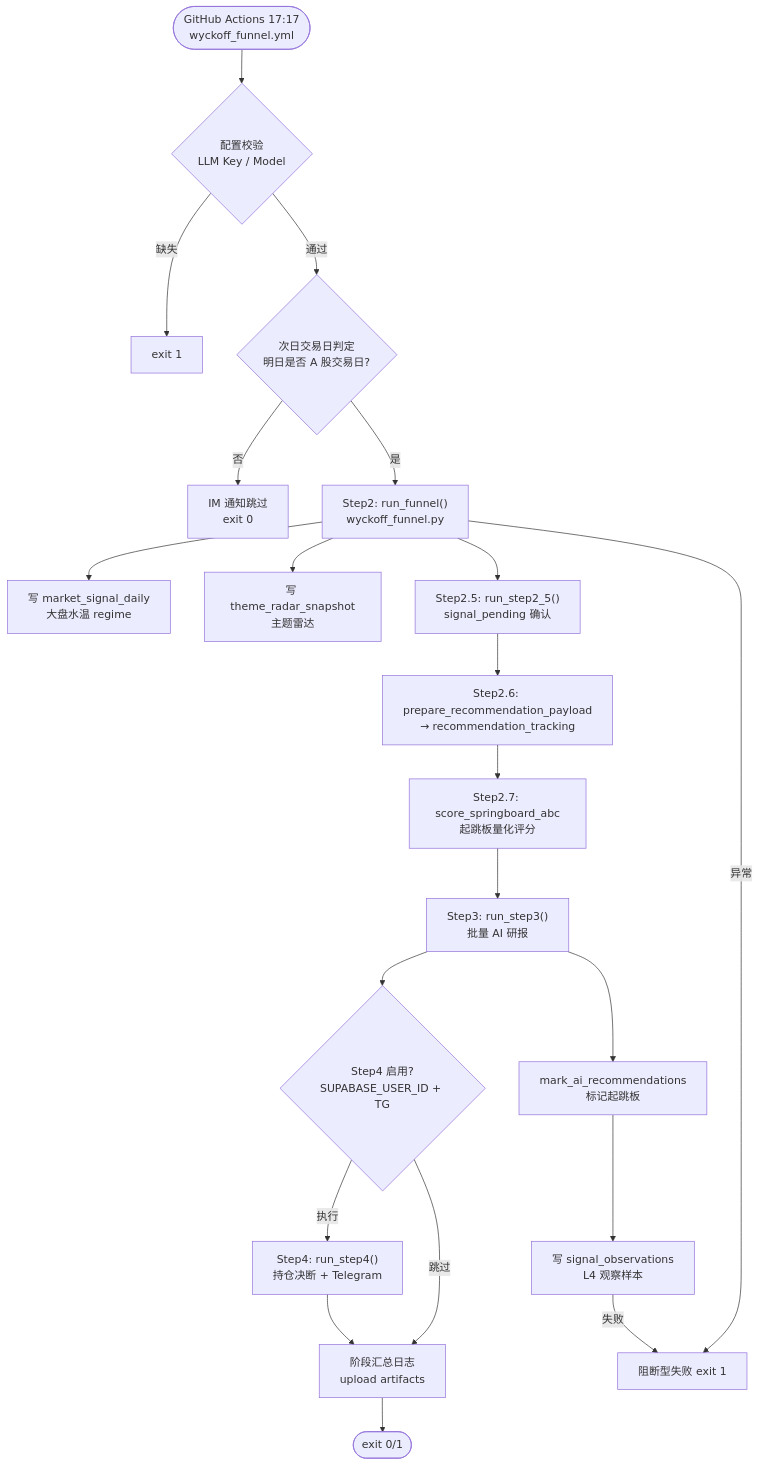
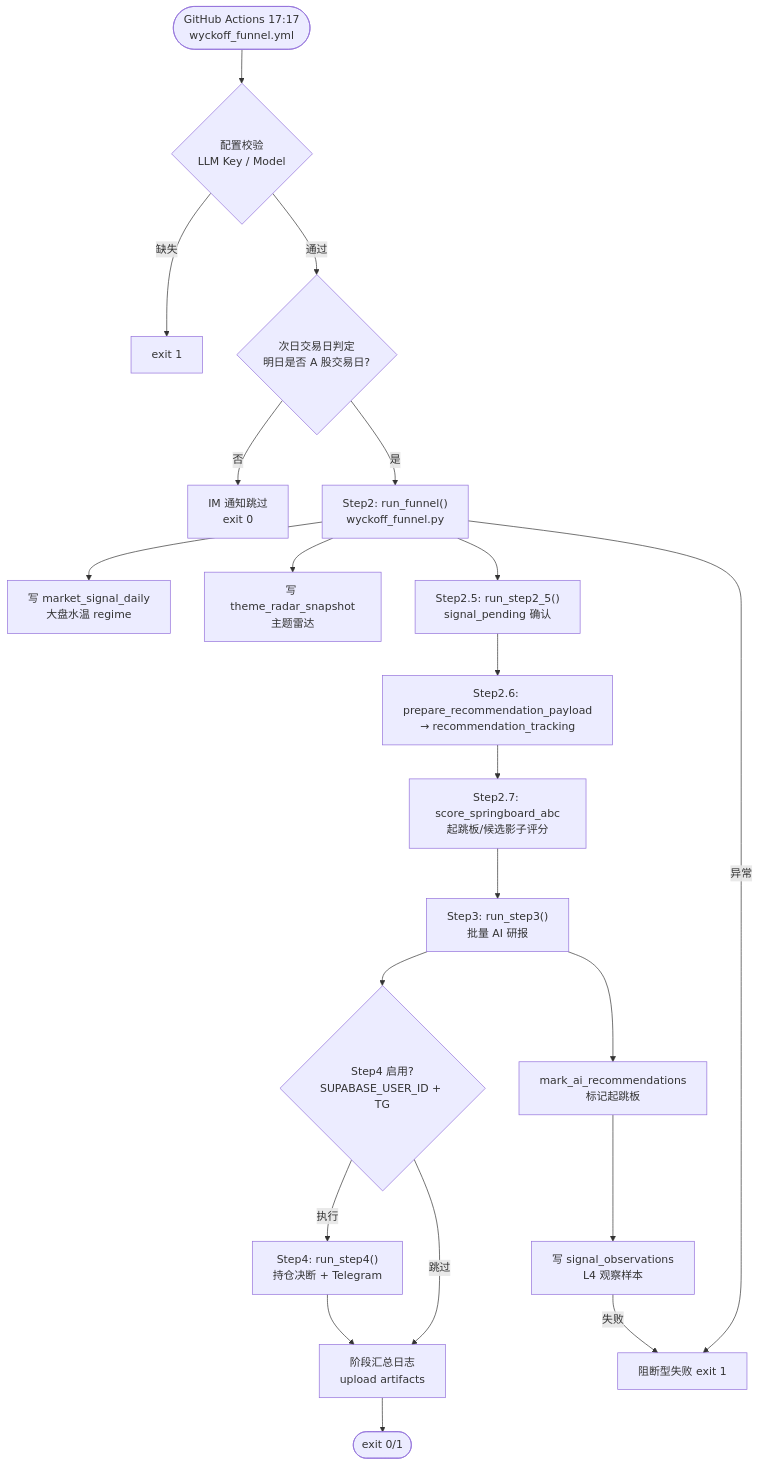
Before and after one commit to niyoh120/Wyckoff-Analysis: the second of 7 diagrams in docs/A_SHARE_FUNNEL_FLOW.md, drawn with Mermaid. The commit also changed other lines of this file and 10 other files, not shown here.

````diff
--- a/docs/A_SHARE_FUNNEL_FLOW.md
+++ b/docs/A_SHARE_FUNNEL_FLOW.md
@@ -71,29 +71,29 @@
 ```mermaid
 flowchart TD
     START(["GitHub Actions 17:17<br/>wyckoff_funnel.yml"]) --> CHECK1{"配置校验<br/>LLM Key / Model"}
     CHECK1 -->|缺失| FAIL1["exit 1"]
     CHECK1 -->|通过| CHECK2{"次日交易日判定<br/>明日是否 A 股交易日?"}
     CHECK2 -->|否| SKIP["IM 通知跳过<br/>exit 0"]
     CHECK2 -->|是| STEP2
 
     STEP2["Step2: run_funnel()<br/>wyckoff_funnel.py"] --> P1["写 market_signal_daily<br/>大盘水温 regime"]
     STEP2 --> P2["写 theme_radar_snapshot<br/>主题雷达"]
     STEP2 --> S25
 
     S25["Step2.5: run_step2_5()<br/>signal_pending 确认"] --> S26
     S26["Step2.6: prepare_recommendation_payload<br/>→ recommendation_tracking"] --> S27
-    S27["Step2.7: score_springboard_abc<br/>起跳板量化评分"] --> S3
+    S27["Step2.7: score_springboard_abc<br/>起跳板/候选影子评分"] --> S3
 
     S3["Step3: run_step3()<br/>批量 AI 研报"] --> MARK["mark_ai_recommendations<br/>标记起跳板"]
     MARK --> OBS["写 signal_observations<br/>L4 观察样本"]
 
     S3 --> S4CHK{"Step4 启用?<br/>SUPABASE_USER_ID + TG"}
     S4CHK -->|跳过| SUM
     S4CHK -->|执行| S4
 
     S4["Step4: run_step4()<br/>持仓决断 + Telegram"] --> SUM
     SUM["阶段汇总日志<br/>upload artifacts"] --> END(["exit 0/1"])
 
     STEP2 -->|异常| BLOCK["阻断型失败 exit 1"]
     OBS -->|失败| BLOCK
 ```
````
